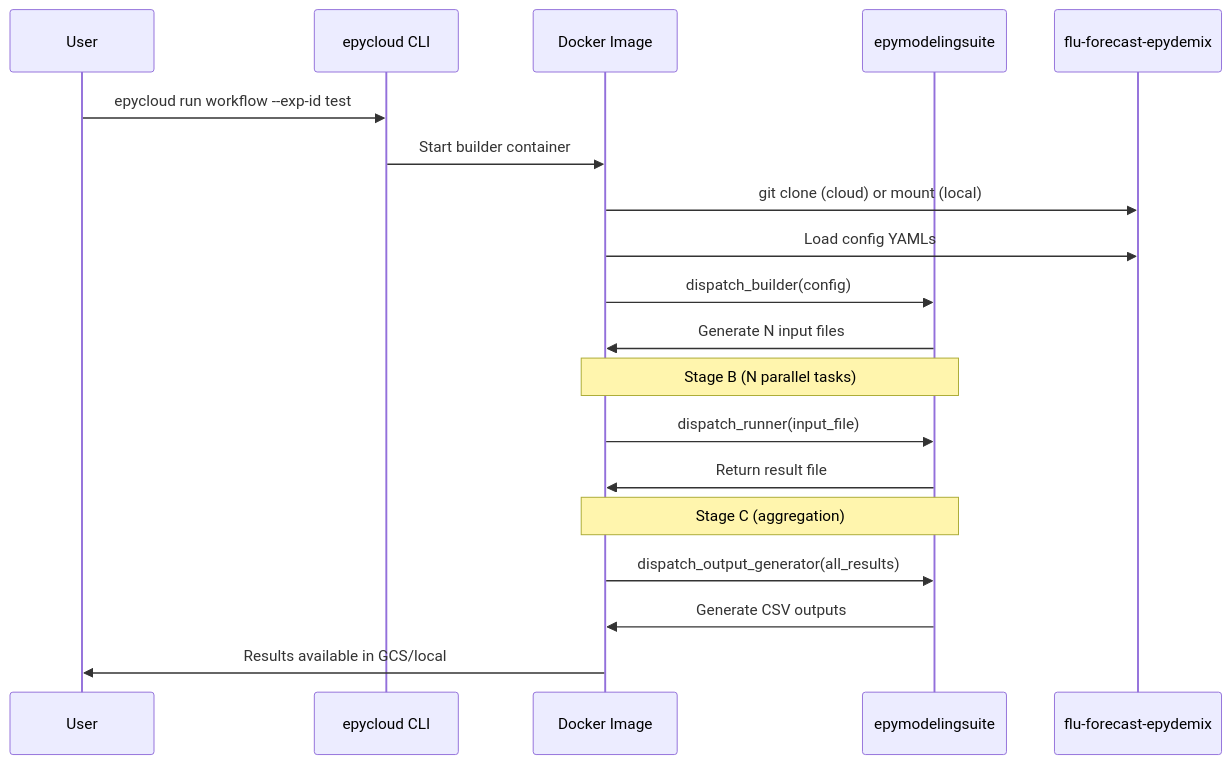
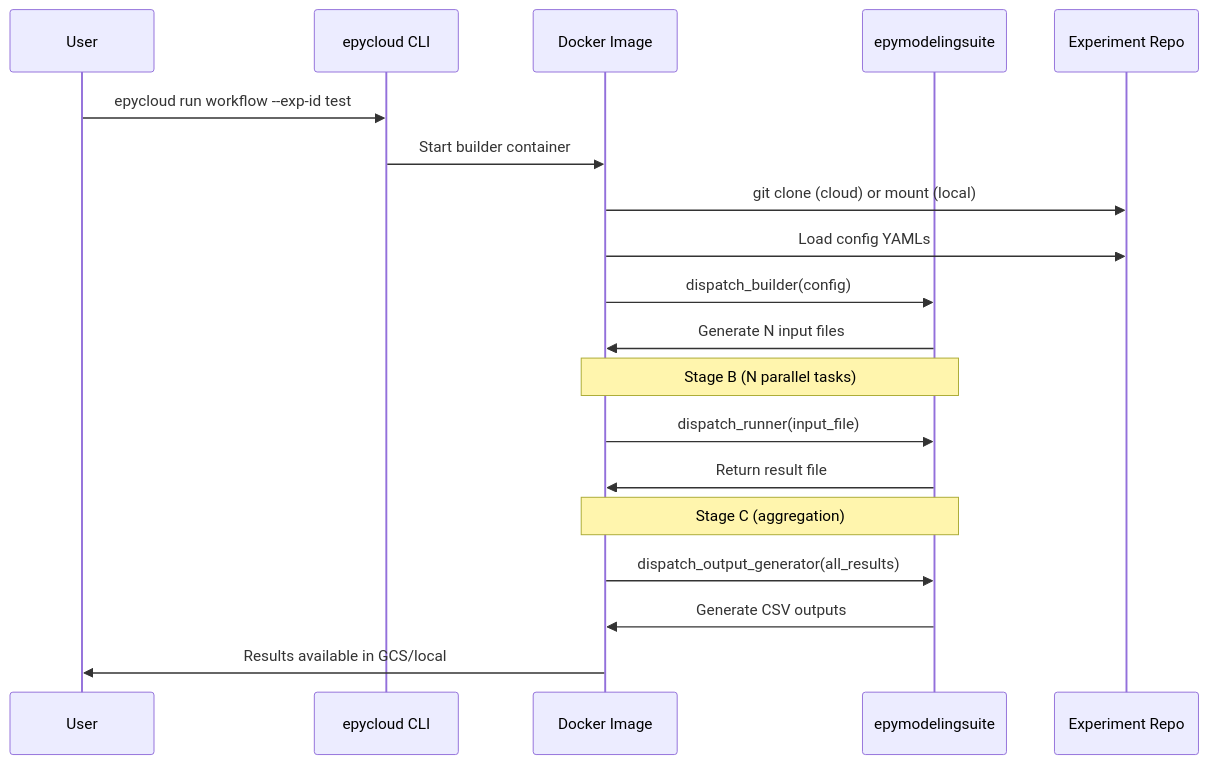
The diagram in docs/architecture/ecosystem-components.md (mobs-lab/epymodelingsuite-cloud), drawn with Mermaid before and after one commit. The commit also changed 4 other files, not shown here.

Commit message:
Update forecast repo name

````diff
--- a/docs/architecture/ecosystem-components.md
+++ b/docs/architecture/ecosystem-components.md
@@ -74,24 +74,24 @@
 ```mermaid
 sequenceDiagram
     participant User
     participant CLI as epycloud CLI
     participant Docker as Docker Image
     participant EPY as epymodelingsuite
-    participant FORECAST as flu-forecast-epydemix
+    participant FORECAST as Experiment Repo
 
     User->>CLI: epycloud run workflow --exp-id test
     CLI->>Docker: Start builder container
     Docker->>FORECAST: git clone (cloud) or mount (local)
     Docker->>FORECAST: Load config YAMLs
     Docker->>EPY: dispatch_builder(config)
     EPY->>Docker: Generate N input files
 
     Note over Docker,EPY: Stage B (N parallel tasks)
     Docker->>EPY: dispatch_runner(input_file)
     EPY->>Docker: Return result file
 
     Note over Docker,EPY: Stage C (aggregation)
     Docker->>EPY: dispatch_output_generator(all_results)
     EPY->>Docker: Generate CSV outputs
     Docker->>User: Results available in GCS/local
 ```
````
